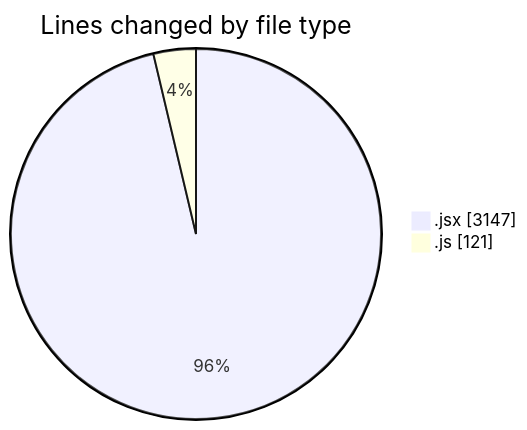
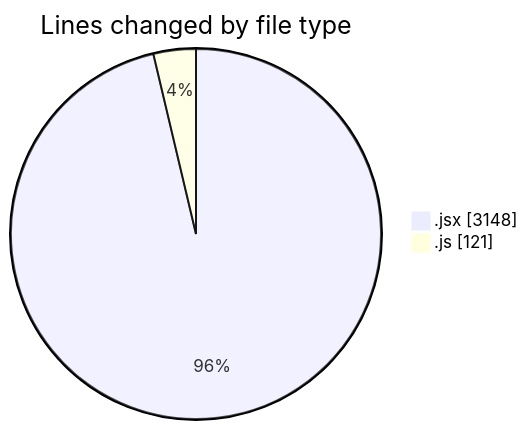
Before and after one commit to nxtqubesakshisongat/code-tracking: the first of 2 diagrams in 2025-08-01/nxtqube_webapp/README.md, drawn with Mermaid. The commit also changed other lines of this file and 1 other file, not shown here.

````diff
--- a/2025-08-01/nxtqube_webapp/README.md
+++ b/2025-08-01/nxtqube_webapp/README.md
@@ -30,6 +30,6 @@
 ```mermaid
 pie showData
 title Lines changed by file type
-".jsx" : 3147
+".jsx" : 3148
 ".js" : 121
 ```
````
